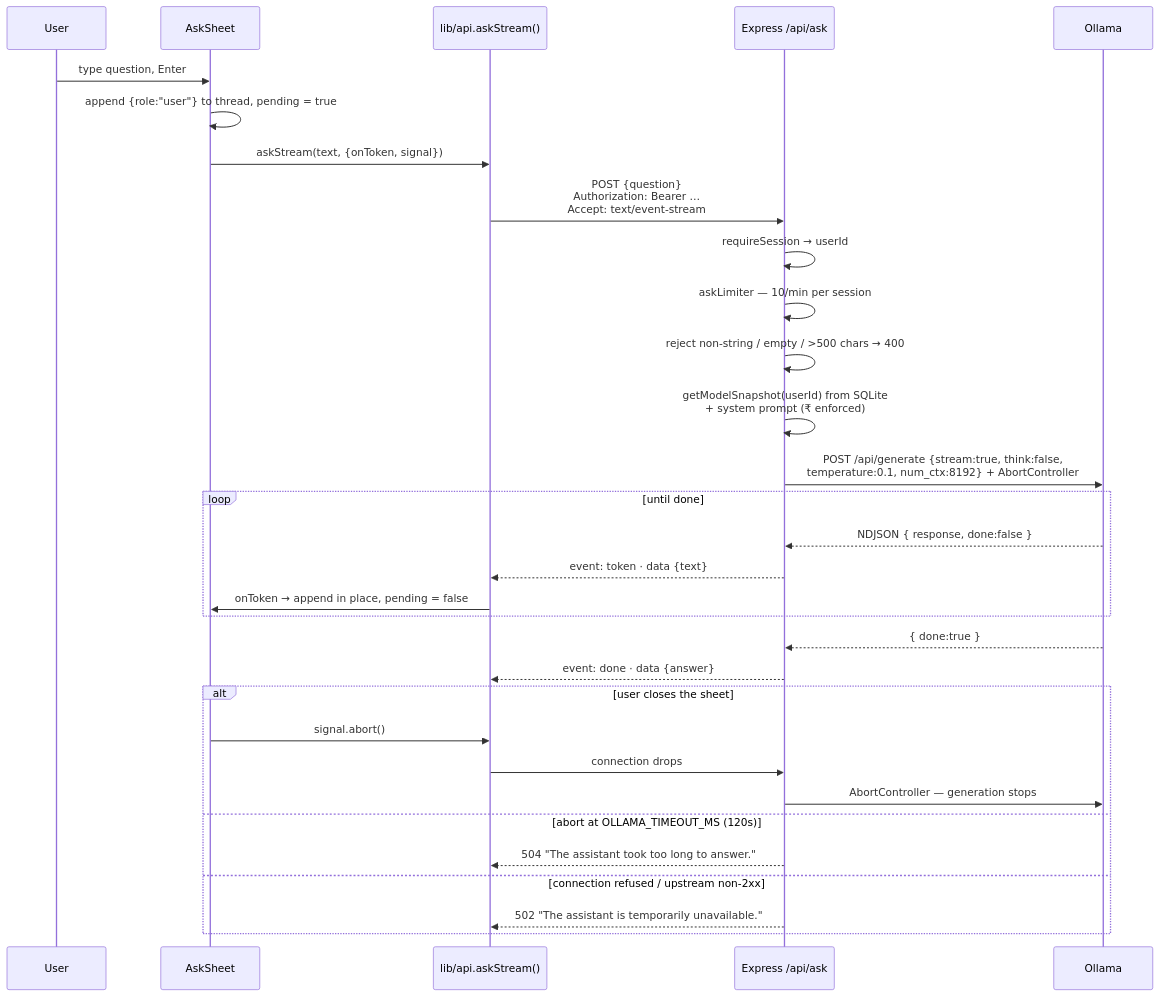
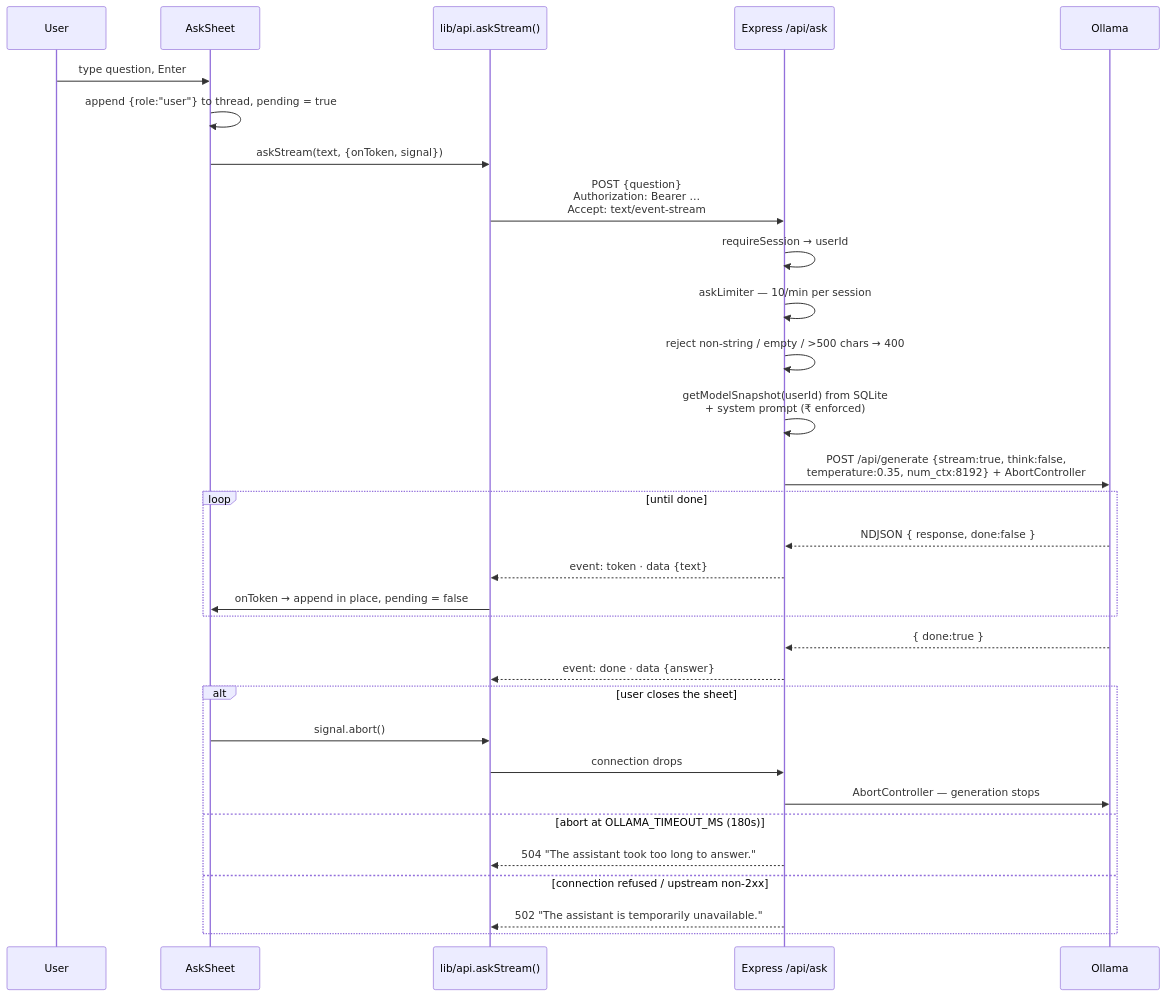
The fourth of 9 diagrams in ARCHITECTURE.md (marrupushya01-hub/paise), drawn with Mermaid before and after one commit. The commit also changed other lines of this file and 3 other files, not shown here.

First line of the commit message:
docs: document the chart contract and the generated ledger

````diff
--- a/ARCHITECTURE.md
+++ b/ARCHITECTURE.md
@@ -163,34 +163,34 @@
 ```mermaid
 sequenceDiagram
     participant U as User
     participant A as AskSheet
     participant C as lib/api.askStream()
     participant E as Express /api/ask
     participant O as Ollama
 
     U->>A: type question, Enter
     A->>A: append {role:"user"} to thread, pending = true
     A->>C: askStream(text, {onToken, signal})
     C->>E: POST {question}<br/>Authorization: Bearer …<br/>Accept: text/event-stream
     E->>E: requireSession → userId
     E->>E: askLimiter — 10/min per session
     E->>E: reject non-string / empty / >500 chars → 400
     E->>E: getModelSnapshot(userId) from SQLite<br/>+ system prompt (₹ enforced)
-    E->>O: POST /api/generate {stream:true, think:false,<br/>temperature:0.1, num_ctx:8192} + AbortController
+    E->>O: POST /api/generate {stream:true, think:false,<br/>temperature:0.35, num_ctx:8192} + AbortController
     loop until done
         O-->>E: NDJSON { response, done:false }
         E-->>C: event: token · data {text}
         C->>A: onToken → append in place, pending = false
     end
     O-->>E: { done:true }
     E-->>C: event: done · data {answer}
     alt user closes the sheet
         A->>C: signal.abort()
         C->>E: connection drops
         E->>O: AbortController — generation stops
-    else abort at OLLAMA_TIMEOUT_MS (120s)
+    else abort at OLLAMA_TIMEOUT_MS (180s)
         E-->>C: 504 "The assistant took too long to answer."
     else connection refused / upstream non-2xx
         E-->>C: 502 "The assistant is temporarily unavailable."
     end
 ```
````
